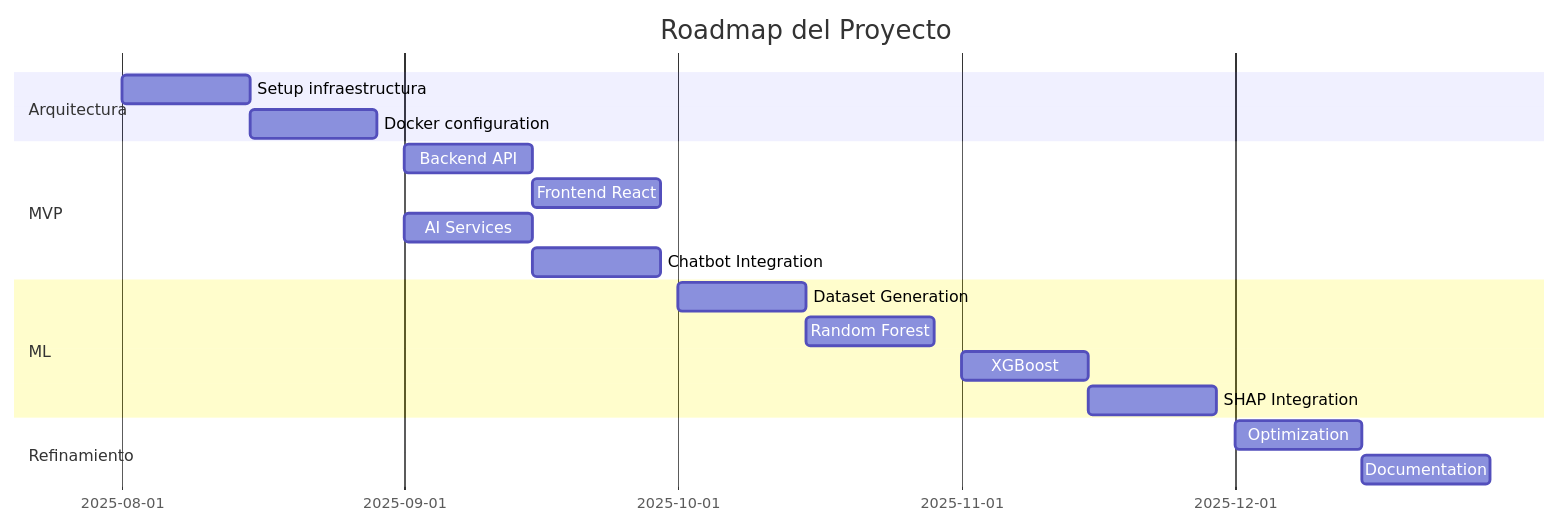
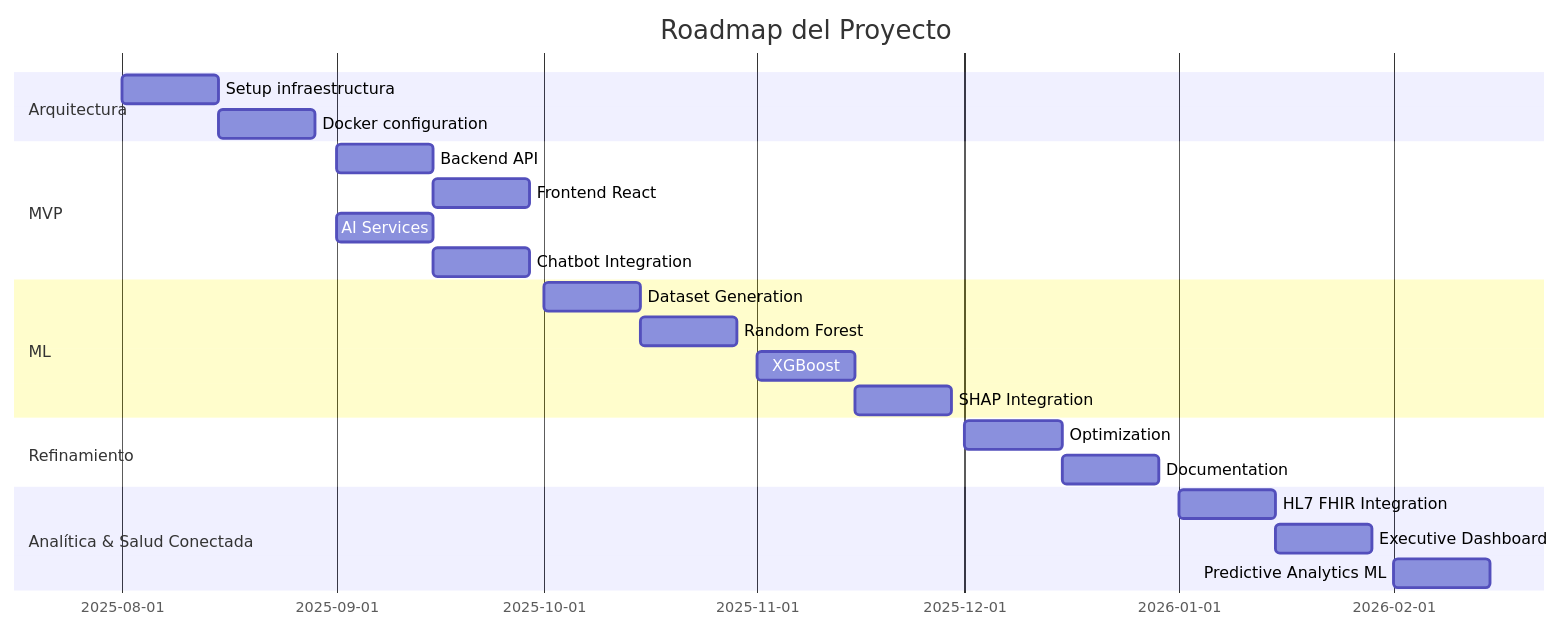
One commit to epis-upt-flor/proyecto-final-sistema_enfermedades_respiratorias changed the second of 2 diagrams in METODOLOGIA_AGIL_PROYECTO.md. Above: the diagram before and after it, drawn with Mermaid. The commit also changed other lines of this file and 54 other files, not shown here.

````diff
--- a/METODOLOGIA_AGIL_PROYECTO.md
+++ b/METODOLOGIA_AGIL_PROYECTO.md
@@ -276,24 +300,29 @@
 ```mermaid
 gantt
     title Roadmap del Proyecto
     dateFormat  YYYY-MM-DD
     section Arquitectura
     Setup infraestructura    :a1, 2025-08-01, 14d
     Docker configuration     :a2, 2025-08-15, 14d
     
     section MVP
     Backend API             :b1, 2025-09-01, 14d
     Frontend React          :b2, 2025-09-15, 14d
     AI Services             :b3, 2025-09-01, 14d
     Chatbot Integration     :b4, 2025-09-15, 14d
     
     section ML
     Dataset Generation      :c1, 2025-10-01, 14d
     Random Forest           :c2, 2025-10-15, 14d
     XGBoost                 :c3, 2025-11-01, 14d
     SHAP Integration        :c4, 2025-11-15, 14d
     
     section Refinamiento
     Optimization            :d1, 2025-12-01, 14d
     Documentation           :d2, 2025-12-15, 14d
+    
+    section Analítica & Salud Conectada
+    HL7 FHIR Integration    :e1, 2026-01-01, 14d
+    Executive Dashboard     :e2, 2026-01-15, 14d
+    Predictive Analytics ML :e3, 2026-02-01, 14d
 ```
````
